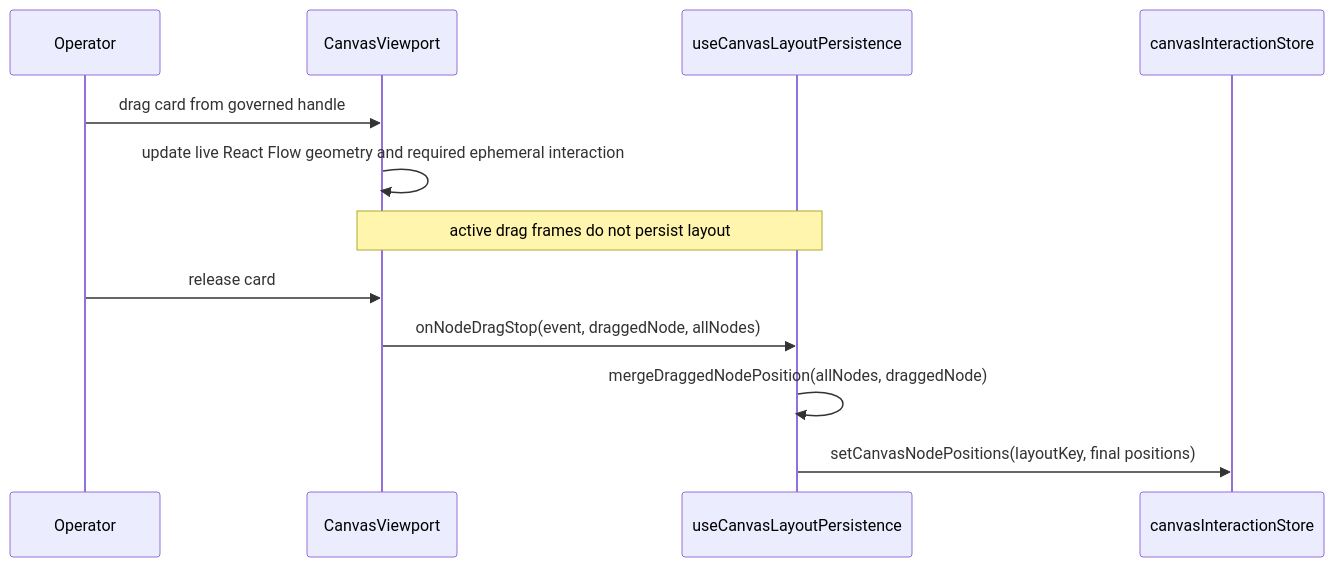
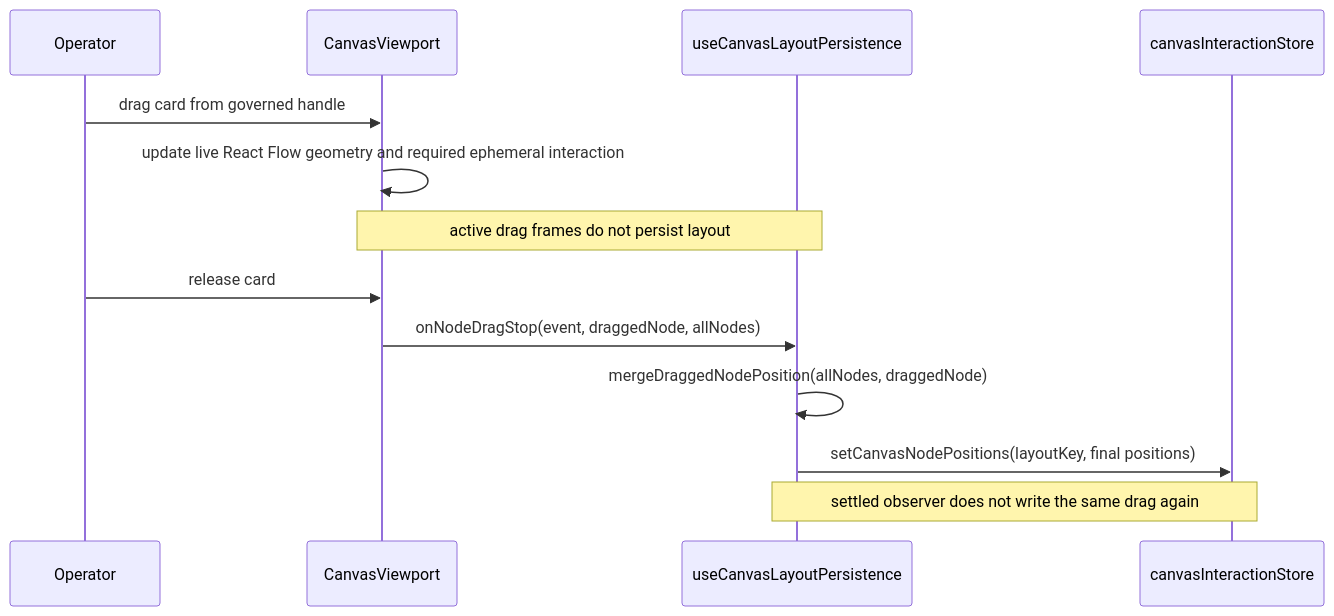
Before and after one commit to dunay2/dvt: the first of 4 diagrams in docs/architecture/components/web/graph/canvas-layout-persistence-component.md, drawn with Mermaid. The commit also changed other lines of this file, not shown here.

Commit message:
docs(web): make drag-stop the sole drag durability boundary (#2963)

````diff
--- a/docs/architecture/components/web/graph/canvas-layout-persistence-component.md
+++ b/docs/architecture/components/web/graph/canvas-layout-persistence-component.md
@@ -123,15 +126,16 @@
 ```mermaid
 sequenceDiagram
   participant Operator
   participant Viewport as CanvasViewport
   participant Layout as useCanvasLayoutPersistence
   participant Store as canvasInteractionStore
 
   Operator->>Viewport: drag card from governed handle
   Viewport->>Viewport: update live React Flow geometry and required ephemeral interaction
   Note over Viewport,Layout: active drag frames do not persist layout
   Operator->>Viewport: release card
   Viewport->>Layout: onNodeDragStop(event, draggedNode, allNodes)
   Layout->>Layout: mergeDraggedNodePosition(allNodes, draggedNode)
   Layout->>Store: setCanvasNodePositions(layoutKey, final positions)
+  Note over Layout,Store: settled observer does not write the same drag again
 ```
````
